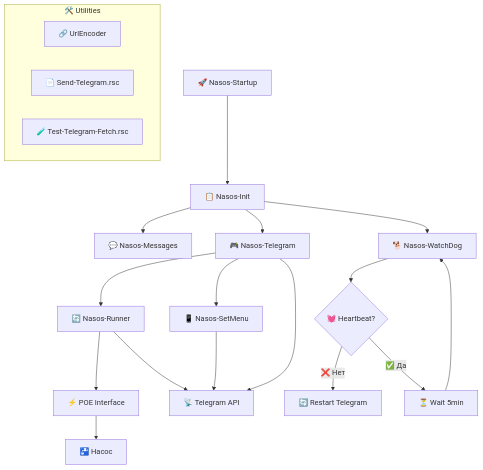
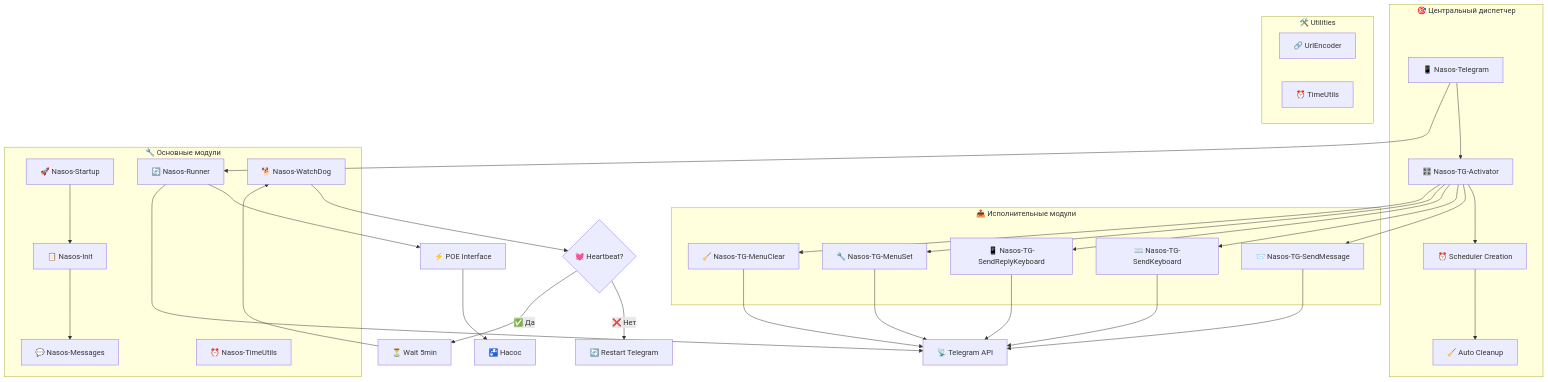
Before and after one commit to FoksSerg/FSA-Nasos-Bot: the diagram in README.md, drawn with Mermaid. The commit also changed other lines of this file and 1 other file, not shown here.

````diff
--- a/README.md
+++ b/README.md
@@ -64,28 +70,54 @@
 ```mermaid
 graph TB
-    A[🚀 Nasos-Startup] --> B[📋 Nasos-Init]
-    B --> C[💬 Nasos-Messages]
-    B --> D[🎮 Nasos-Telegram]
-    B --> E[🐕 Nasos-WatchDog]
+    subgraph "🎯 Центральный диспетчер"
+        A[📱 Nasos-Telegram] --> B[🎛️ Nasos-TG-Activator]
+        B --> C[⏰ Scheduler Creation]
+        C --> D[🧹 Auto Cleanup]
+    end
     
-    D --> F[🔄 Nasos-Runner]
-    D --> G[📱 Nasos-SetMenu]
+    subgraph "📤 Исполнительные модули"
+        E[📨 Nasos-TG-SendMessage]
+        F[⌨️ Nasos-TG-SendKeyboard]
+        G[📱 Nasos-TG-SendReplyKeyboard]
+        H[🔧 Nasos-TG-MenuSet]
+        I[🧹 Nasos-TG-MenuClear]
+    end
     
-    F --> H[⚡ POE Interface]
-    H --> I[🚰 Насос]
+    subgraph "🔧 Основные модули"
+        J[🚀 Nasos-Startup]
+        K[📋 Nasos-Init]
+        L[💬 Nasos-Messages]
+        M[🔄 Nasos-Runner]
+        N[⏰ Nasos-TimeUtils]
+        O[🐕 Nasos-WatchDog]
+    end
     
-    F --> J[📡 Telegram API]
-    G --> J
-    D --> J
+    B --> E
+    B --> F
+    B --> G
+    B --> H
+    B --> I
     
-    E --> K{💓 Heartbeat?}
-    K -->|❌ Нет| L[🔄 Restart Telegram]
-    K -->|✅ Да| M[⏳ Wait 5min]
-    M --> E
+    A --> M
+    J --> K
+    K --> L
+    M --> P[⚡ POE Interface]
+    P --> Q[🚰 Насос]
+    
+    M --> R[📡 Telegram API]
+    E --> R
+    F --> R
+    G --> R
+    H --> R
+    I --> R
+    
+    O --> S{💓 Heartbeat?}
+    S -->|❌ Нет| T[🔄 Restart Telegram]
+    S -->|✅ Да| U[⏳ Wait 5min]
+    U --> O
     
     subgraph "🛠️ Utilities"
-        N[🔗 UrlEncoder]
-        O[📄 Send-Telegram.rsc]
-        P[🧪 Test-Telegram-Fetch.rsc]
+        V[🔗 UrlEncoder]
+        W[⏰ TimeUtils]
     end
 ```
````
